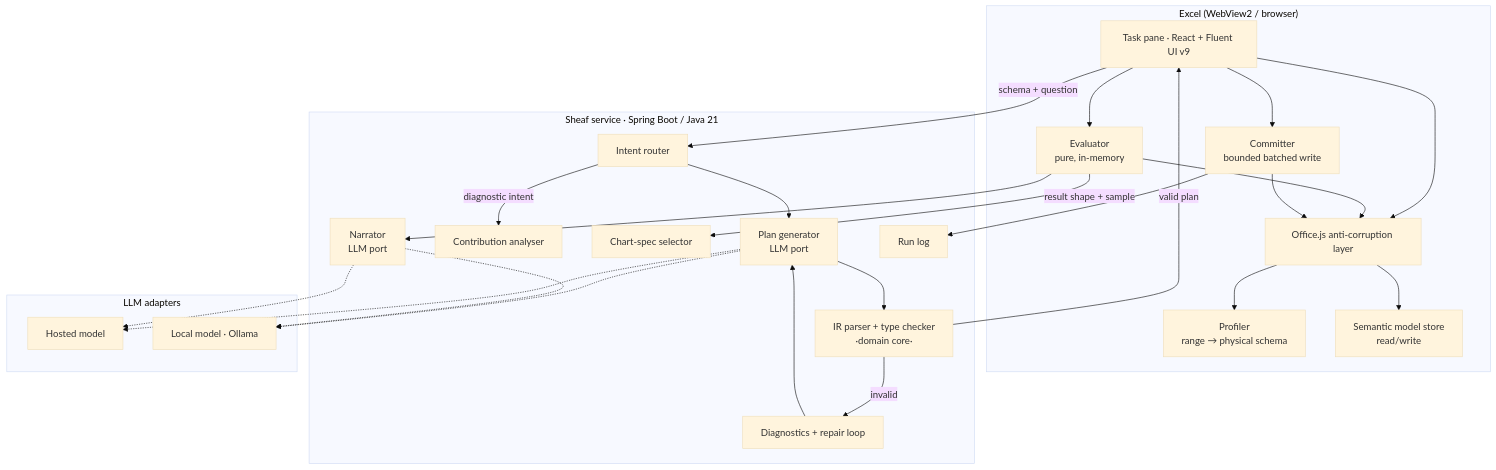
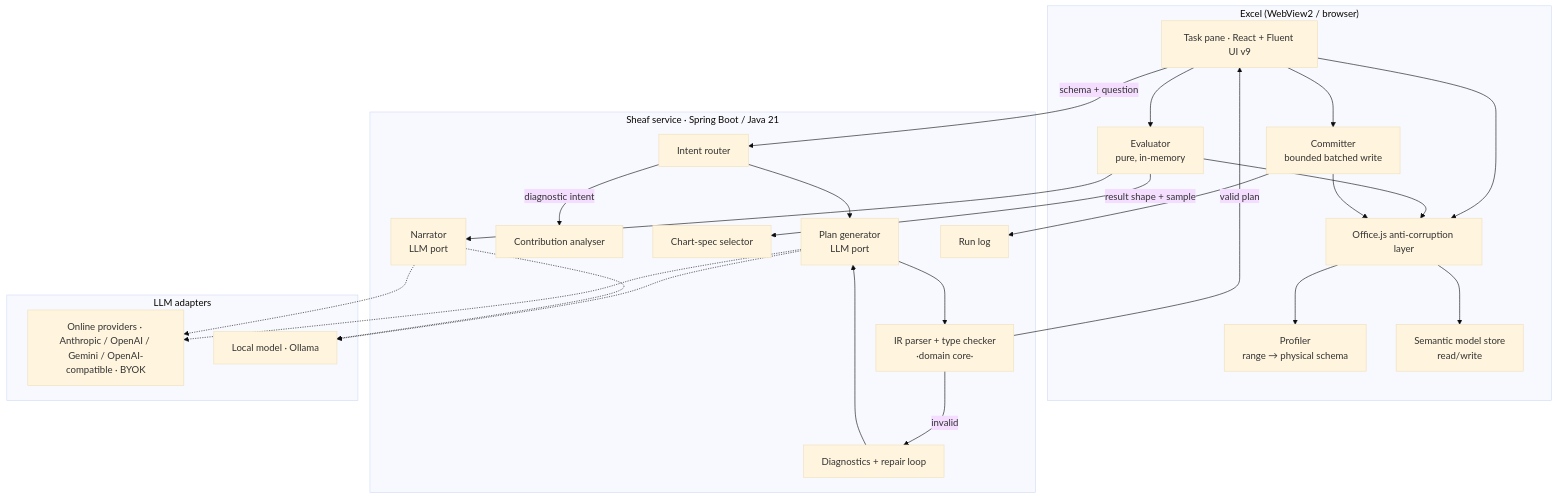
One commit to Tanmay-Anand/Sheaf changed the first of 2 diagrams in ARCHITECTURE.md. Above: the diagram before and after it, drawn with Mermaid (base theme). The commit also changed other lines of this file and 7 other files, not shown here.

````diff
--- a/ARCHITECTURE.md
+++ b/ARCHITECTURE.md
@@ -30,44 +30,44 @@
 ```mermaid
 flowchart TB
     subgraph Excel["Excel (WebView2 / browser)"]
         UI[Task pane · React + Fluent UI v9]
         PROF[Profiler<br/>range → physical schema]
         SEM[Semantic model store<br/>read/write]
         EVAL[Evaluator<br/>pure, in-memory]
         COMMIT[Committer<br/>bounded batched write]
         ACL[Office.js anti-corruption layer]
     end
 
     subgraph API["Sheaf service · Spring Boot / Java 21"]
         ROUTE[Intent router]
         PLAN[Plan generator<br/>LLM port]
         IR[IR parser + type checker<br/>·domain core·]
         DIAG[Diagnostics + repair loop]
         CONTRIB[Contribution analyser]
         CHART[Chart-spec selector]
         NARR[Narrator<br/>LLM port]
         AUDIT[Run log]
     end
 
     subgraph Models["LLM adapters"]
-        HOSTED[Hosted model]
+        HOSTED[Online providers · Anthropic / OpenAI / Gemini / OpenAI-compatible · BYOK]
         LOCAL[Local model · Ollama]
     end
 
     UI --> ACL --> PROF
     ACL --> SEM
     UI -->|schema + question| ROUTE
     ROUTE --> PLAN --> IR
     IR -->|invalid| DIAG --> PLAN
     IR -->|valid plan| UI
     UI --> EVAL --> ACL
     EVAL -->|result shape + sample| CHART
     EVAL --> NARR
     UI --> COMMIT --> ACL
     COMMIT --> AUDIT
     ROUTE -->|diagnostic intent| CONTRIB
     PLAN -.-> HOSTED
     PLAN -.-> LOCAL
     NARR -.-> HOSTED
     NARR -.-> LOCAL
 ```
````
